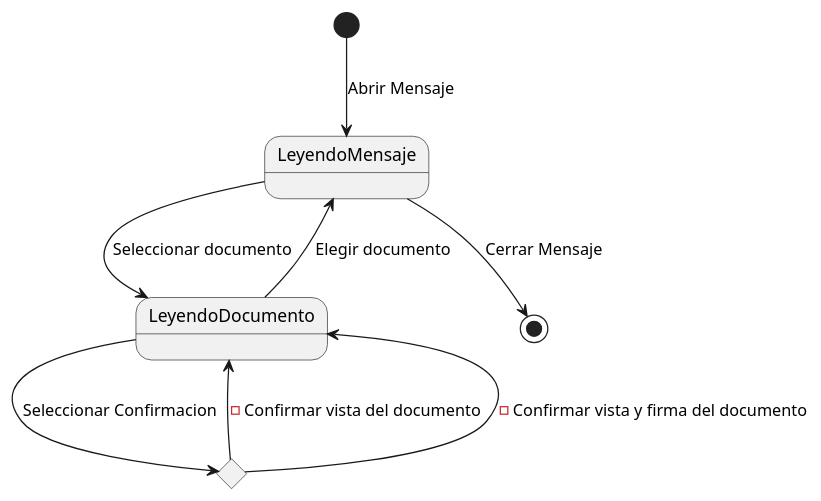
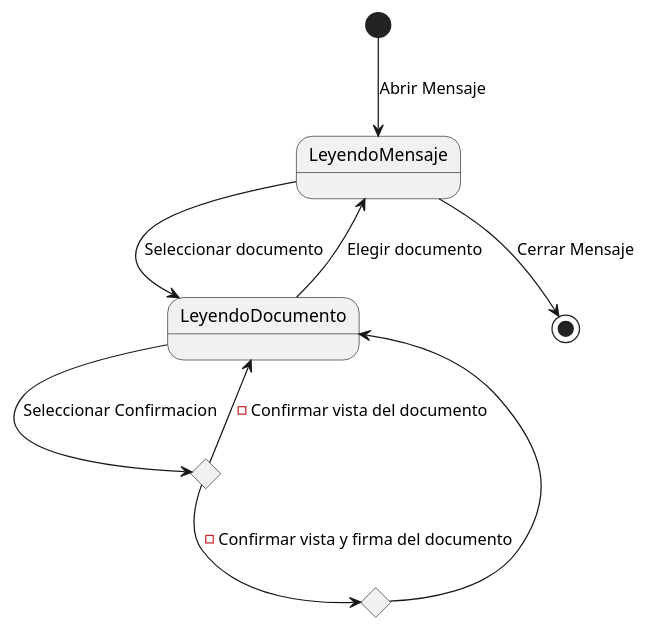
One commit to mmasias/24-25-IdSw1-SDR changed the diagram in docs/modeloDeDominio/diagramaDeEstados/PrimeraIteracion/diagramaDeEstadosReceptorIteracion1.puml. Above: the diagram before and after it, drawn with PlantUML.

Commit message:
Añadir estado de firma al diagrama de estados y ajustar transiciones

```diff
--- a/docs/modeloDeDominio/diagramaDeEstados/PrimeraIteracion/diagramaDeEstadosReceptorIteracion1.puml
+++ b/docs/modeloDeDominio/diagramaDeEstados/PrimeraIteracion/diagramaDeEstadosReceptorIteracion1.puml
@@ -1,18 +1,20 @@
 @startuml diagramaDeEstados
 
 [*] --> LeyendoMensaje: Abrir Mensaje
 
 LeyendoMensaje --> LeyendoDocumento: Seleccionar documento
 
 
 state confirmandoDocumento <<choice>> 
+state firmandoDocumento <<choice>> 
 confirmandoDocumento --> LeyendoDocumento: - Confirmar vista del documento
-confirmandoDocumento --> LeyendoDocumento: - Confirmar vista y firma del documento
+confirmandoDocumento --> firmandoDocumento: - Confirmar vista y firma del documento
+firmandoDocumento --> LeyendoDocumento
 
 LeyendoDocumento --> confirmandoDocumento : Seleccionar Confirmacion
 
 LeyendoDocumento --> LeyendoMensaje : Elegir documento
 
 LeyendoMensaje --> [*]: Cerrar Mensaje
 
 @enduml
```
